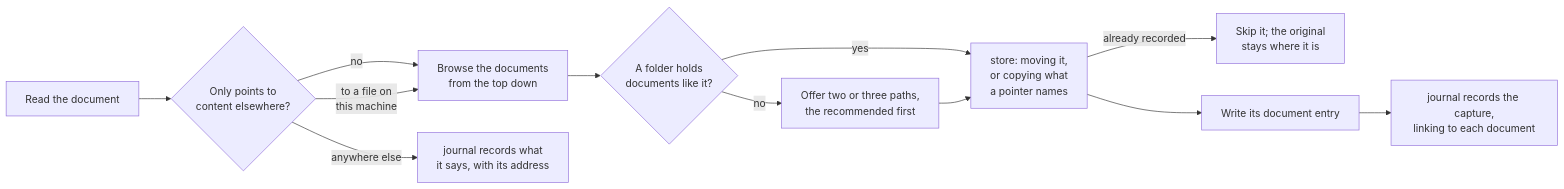
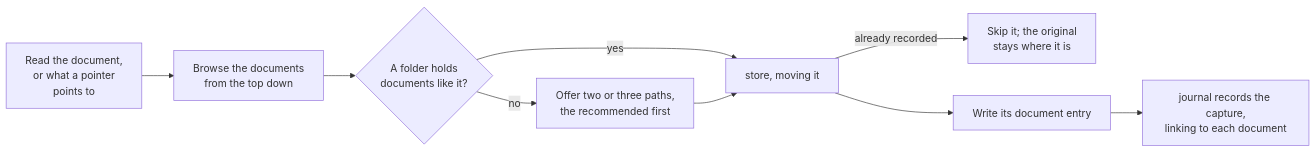
The diagram in docs/skills.md (Velrea/AI.Brain), drawn with Mermaid before and after one commit. The commit also changed other lines of this file and 4 other files, not shown here.

````diff
--- a/docs/skills.md
+++ b/docs/skills.md
@@ -63,14 +63,11 @@
 ```mermaid
 flowchart LR
-    read["Read the document"] --> pointer{"Only points to<br/>content elsewhere?"}
-    pointer -- no --> browse["Browse the documents<br/>from the top down"]
-    pointer -- "to a file on<br/>this machine" --> browse
-    pointer -- "anywhere else" --> address["journal records what<br/>it says, with its address"]
+    read["Read the document,<br/>or what a pointer<br/>points to"] --> browse["Browse the documents<br/>from the top down"]
     browse --> fits{"A folder holds<br/>documents like it?"}
-    fits -- yes --> file["store: moving it,<br/>or copying what<br/>a pointer names"]
+    fits -- yes --> file["store, moving it"]
     fits -- no --> ask["Offer two or three paths,<br/>the recommended first"]
     ask --> file
     file -- "already recorded" --> skip["Skip it; the original<br/>stays where it is"]
     file --> write["Write its document entry"]
     write --> journal["journal records the capture,<br/>linking to each document"]
 ```
````
